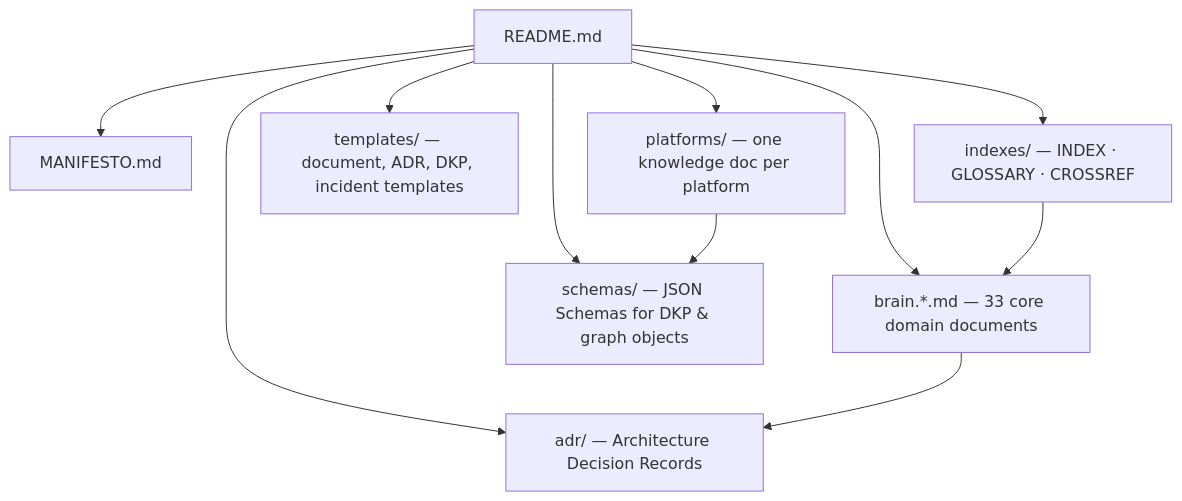
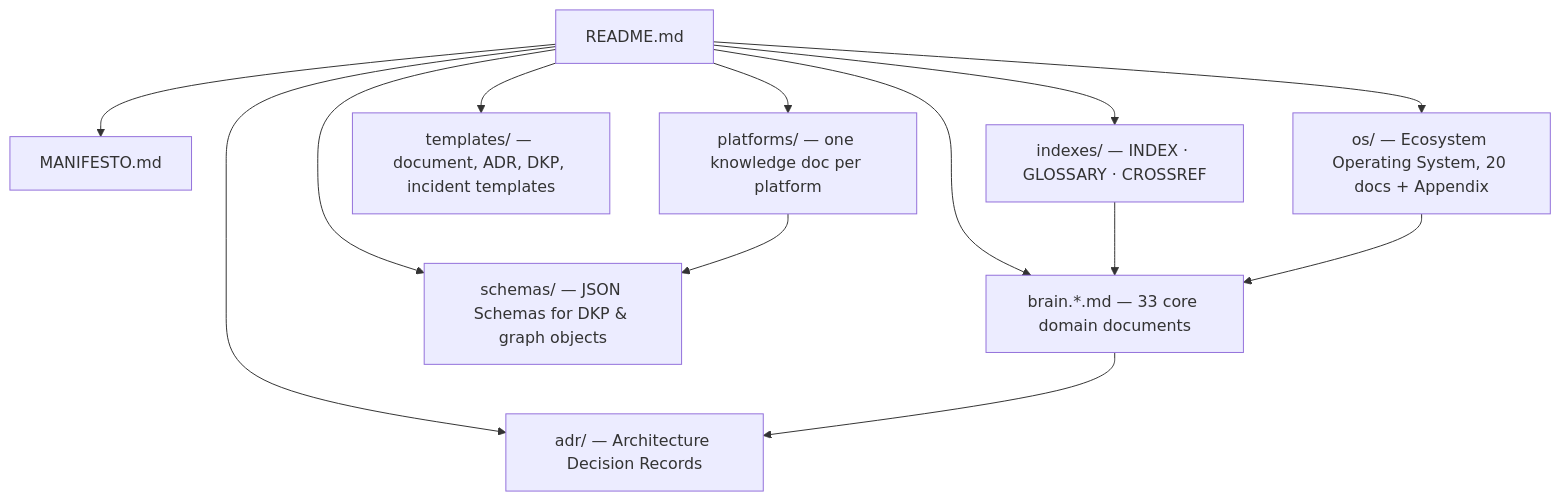
One commit to sakhileb/Dot.Brain changed the second of 2 diagrams in README.md. Above: the diagram before and after it, drawn with Mermaid. The commit also changed other lines of this file and 24 other files, not shown here.

````diff
--- a/README.md
+++ b/README.md
@@ -60,13 +60,15 @@
 ```mermaid
 flowchart TD
     R[README.md] --> M[MANIFESTO.md]
+    R --> OS[os/ — Ecosystem Operating System, 20 docs + Appendix]
     R --> IDX[indexes/ — INDEX · GLOSSARY · CROSSREF]
     R --> CORE[brain.*.md — 33 core domain documents]
     R --> ADR[adr/ — Architecture Decision Records]
     R --> SCH[schemas/ — JSON Schemas for DKP & graph objects]
     R --> TPL[templates/ — document, ADR, DKP, incident templates]
     R --> PLT[platforms/ — one knowledge doc per platform]
     IDX --> CORE
     CORE --> ADR
     PLT --> SCH
+    OS --> CORE
 ```
````
